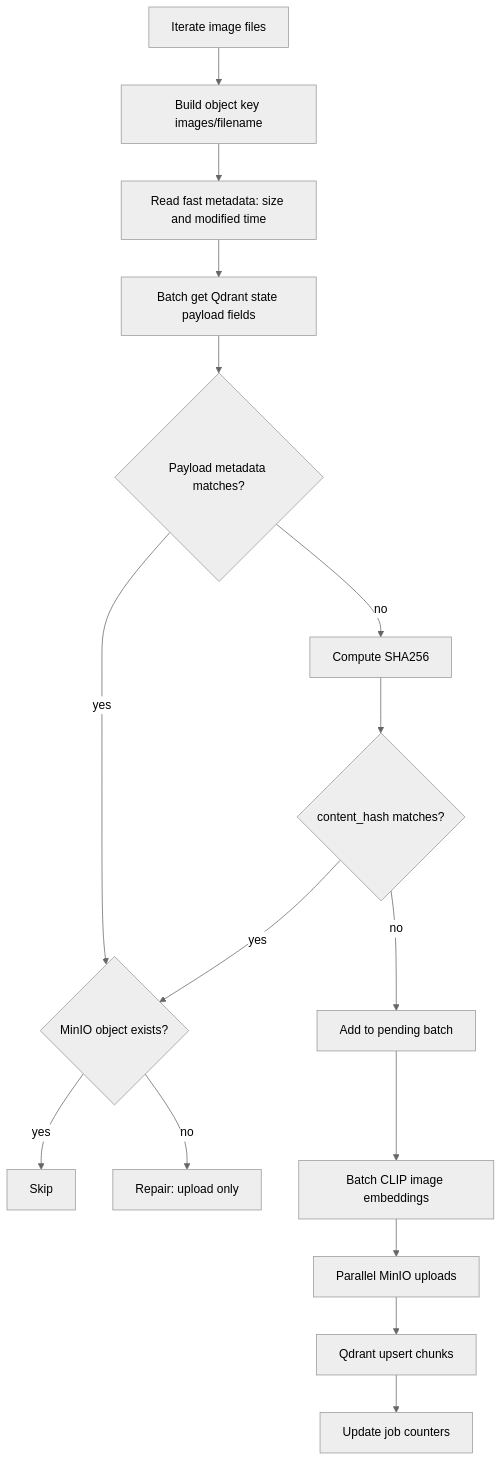
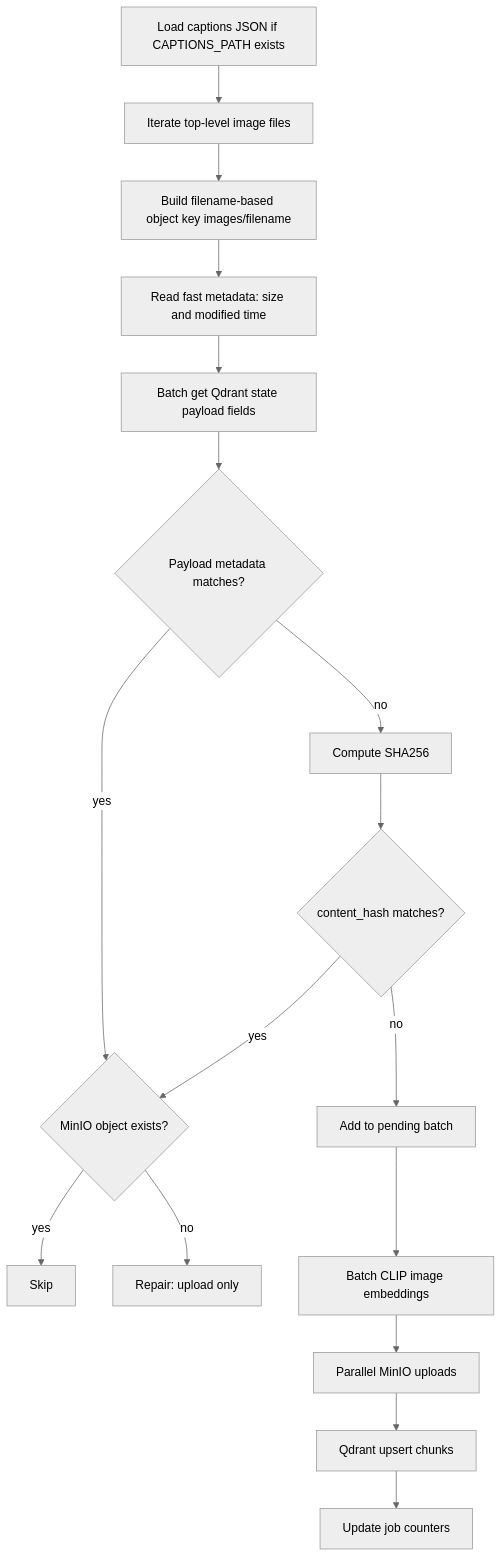
One commit to awun0105/CLIP-Image-Retrieval-Gradio-App changed the seventh of 10 diagrams in docs/EN/data-flow.md. Above: the diagram before and after it, drawn with Mermaid (neutral theme). The commit also changed other lines of this file, not shown here.

Commit message:
docs: clarify current data flow behavior

````diff
--- a/docs/EN/data-flow.md
+++ b/docs/EN/data-flow.md
@@ -243,18 +257,19 @@
 ```mermaid
 flowchart TD
-    A[Iterate image files] --> B[Build object key images/filename]
+    Z[Load captions JSON if CAPTIONS_PATH exists] --> A[Iterate top-level image files]
+    A --> B[Build filename-based object key images/filename]
     B --> C[Read fast metadata: size and modified time]
     C --> D[Batch get Qdrant state payload fields]
     D --> E{Payload metadata matches?}
     E -- yes --> F{MinIO object exists?}
     F -- yes --> G[Skip]
     F -- no --> H[Repair: upload only]
     E -- no --> I[Compute SHA256]
     I --> J{content_hash matches?}
     J -- yes --> F
     J -- no --> K[Add to pending batch]
     K --> L[Batch CLIP image embeddings]
     L --> M[Parallel MinIO uploads]
     M --> N[Qdrant upsert chunks]
     N --> O[Update job counters]
 ```
````
